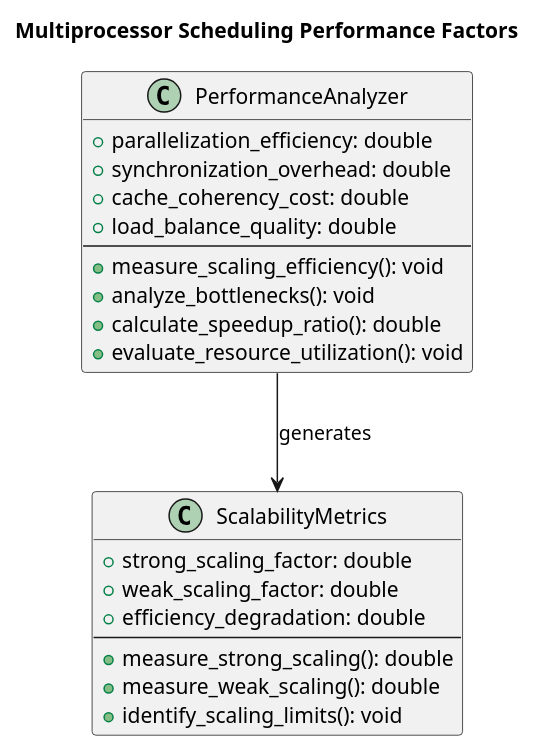
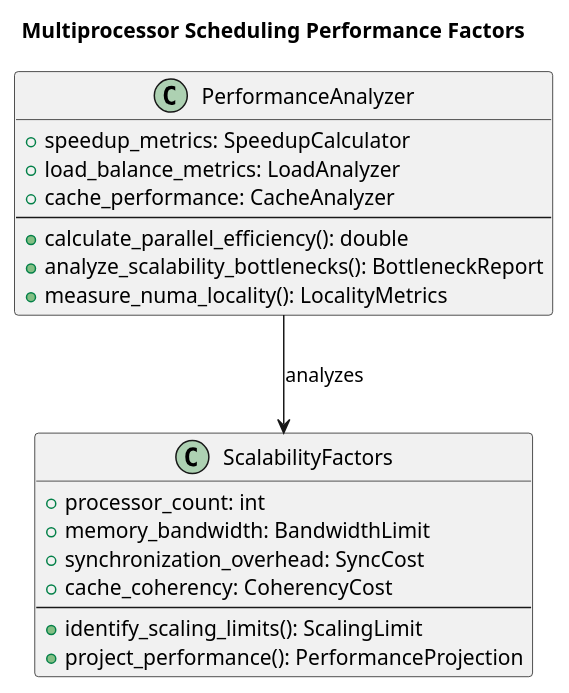
Before and after one commit to mohitmishra786/myJourneyOfBuildingOS: the third of 3 diagrams in Part-2/Ch-6-CPU-Scheduling/Multiprocessor-Scheduling.md, drawn with PlantUML. The commit also changed other lines of this file and 5 other files, not shown here.

````diff
--- a/Part-2/Ch-6-CPU-Scheduling/Multiprocessor-Scheduling.md
+++ b/Part-2/Ch-6-CPU-Scheduling/Multiprocessor-Scheduling.md
@@ -1065,29 +903,27 @@
 ```plantuml
 @startuml
 title "Multiprocessor Scheduling Performance Factors"
 
 class PerformanceAnalyzer {
-    +parallelization_efficiency: double
-    +synchronization_overhead: double
-    +cache_coherency_cost: double
-    +load_balance_quality: double
+    +speedup_metrics: SpeedupCalculator
+    +load_balance_metrics: LoadAnalyzer
+    +cache_performance: CacheAnalyzer
     --
-    +measure_scaling_efficiency(): void
-    +analyze_bottlenecks(): void
-    +calculate_speedup_ratio(): double
-    +evaluate_resource_utilization(): void
+    +calculate_parallel_efficiency(): double
+    +analyze_scalability_bottlenecks(): BottleneckReport
+    +measure_numa_locality(): LocalityMetrics
 }
 
-class ScalabilityMetrics {
-    +strong_scaling_factor: double
-    +weak_scaling_factor: double
-    +efficiency_degradation: double
+class ScalabilityFactors {
+    +processor_count: int
+    +memory_bandwidth: BandwidthLimit
+    +synchronization_overhead: SyncCost
+    +cache_coherency: CoherencyCost
     --
-    +measure_strong_scaling(): double
-    +measure_weak_scaling(): double
-    +identify_scaling_limits(): void
+    +identify_scaling_limits(): ScalingLimit
+    +project_performance(): PerformanceProjection
 }
 
-PerformanceAnalyzer --> ScalabilityMetrics : generates
+PerformanceAnalyzer --> ScalabilityFactors : analyzes
 @enduml
 ```
````
